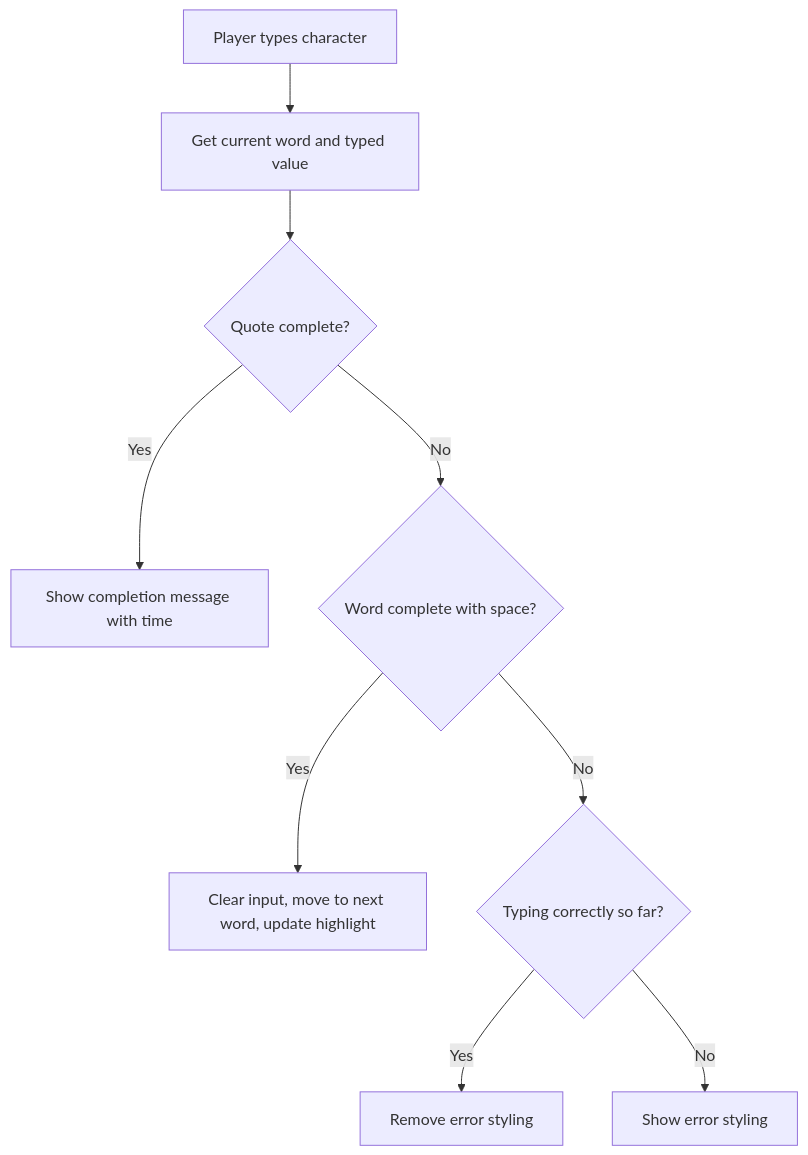
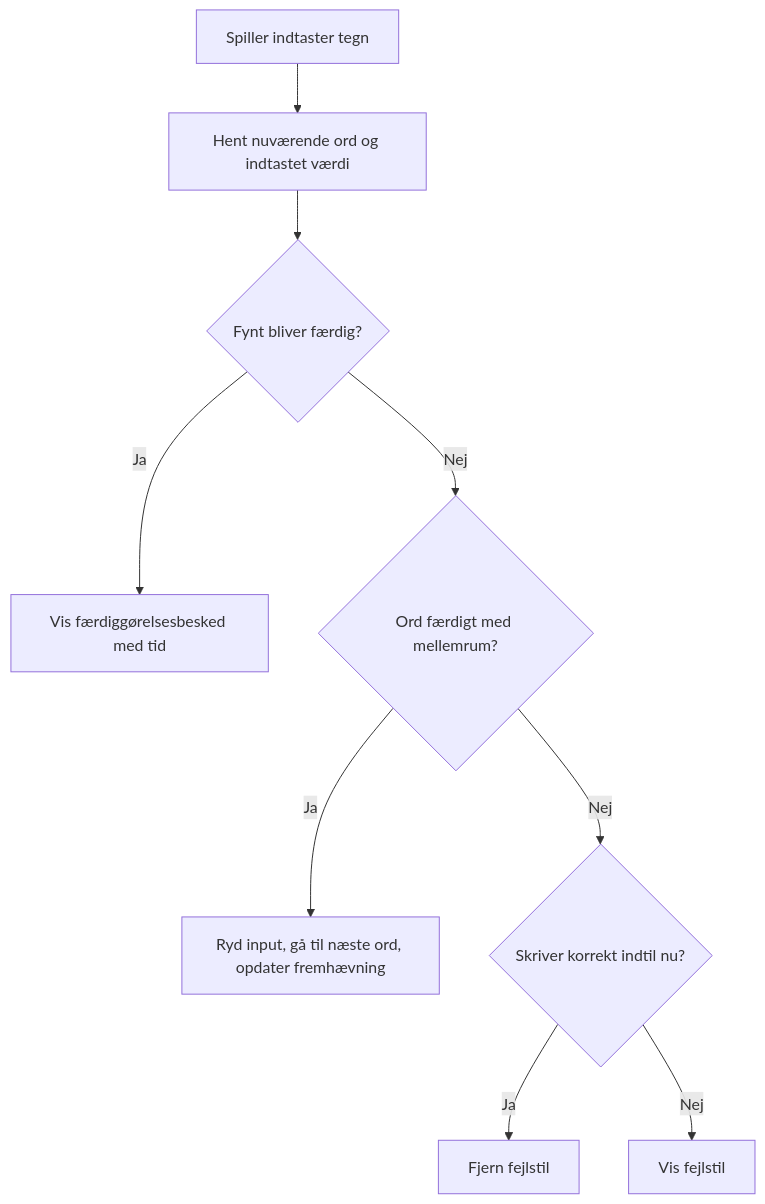
One commit to microsoft/Web-Dev-For-Beginners changed the second of 3 diagrams in translations/da/4-typing-game/typing-game/README.md. Above: the diagram before and after it, drawn with Mermaid. The commit also changed other lines of this file and 41 other files, not shown here.

````diff
--- a/translations/da/4-typing-game/typing-game/README.md
+++ b/translations/da/4-typing-game/typing-game/README.md
@@ -444,11 +443,11 @@
 ```mermaid
 flowchart TD
-    A[Player types character] --> B[Get current word and typed value]
-    B --> C{Quote complete?}
-    C -->|Yes| D[Show completion message with time]
-    C -->|No| E{Word complete with space?}
-    E -->|Yes| F[Clear input, move to next word, update highlight]
-    E -->|No| G{Typing correctly so far?}
-    G -->|Yes| H[Remove error styling]
-    G -->|No| I[Show error styling]
+    A[Spiller indtaster tegn] --> B[Hent nuværende ord og indtastet værdi]
+    B --> C{Fynt bliver færdig?}
+    C -->|Ja| D[Vis færdiggørelsesbesked med tid]
+    C -->|Nej| E{Ord færdigt med mellemrum?}
+    E -->|Ja| F[Ryd input, gå til næste ord, opdater fremhævning]
+    E -->|Nej| G{Skriver korrekt indtil nu?}
+    G -->|Ja| H[Fjern fejlstil]
+    G -->|Nej| I[Vis fejlstil]
 ```
````
